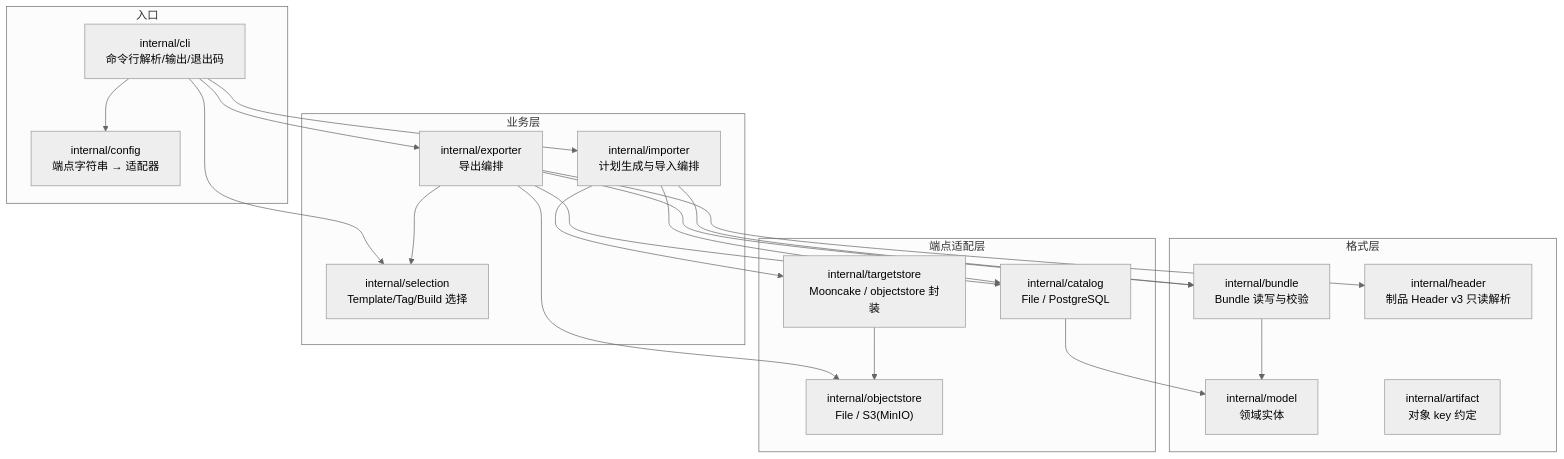
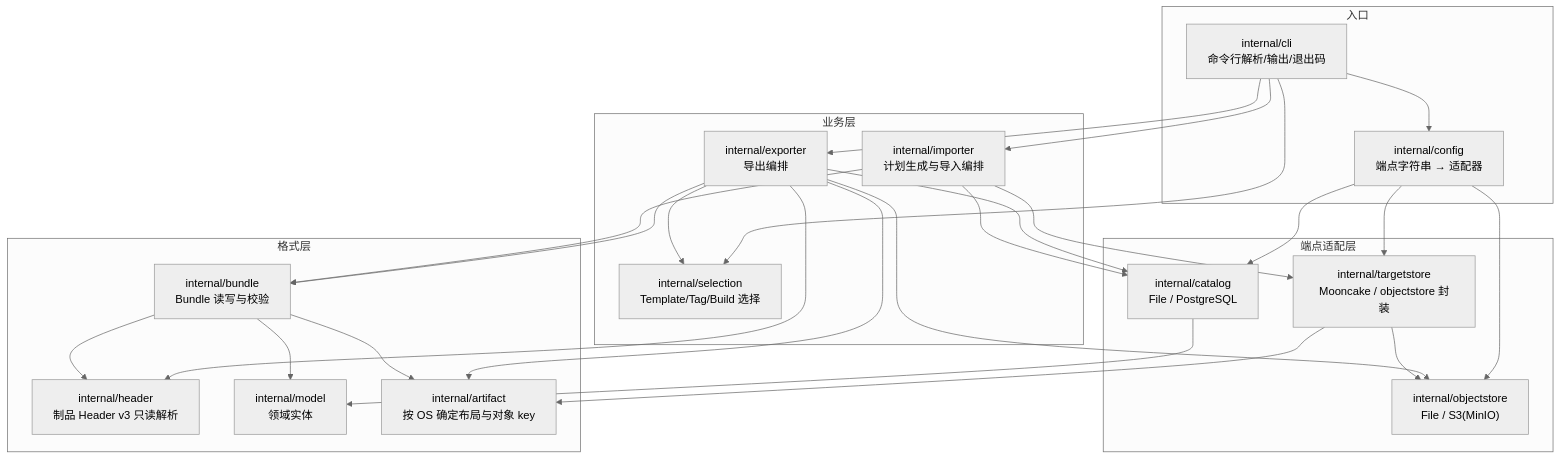
The first of 3 diagrams in migrate-tool/design.md (openeuler-mirror/KASandbox), drawn with Mermaid (neutral theme) before and after one commit. The commit also changed other lines of this file and 36 other files, not shown here.

````diff
--- a/migrate-tool/design.md
+++ b/migrate-tool/design.md
@@ -30,38 +35,45 @@
 ```mermaid
 flowchart TD
     subgraph 入口
         cli[internal/cli<br/>命令行解析/输出/退出码]
         config[internal/config<br/>端点字符串 → 适配器]
     end
     subgraph 业务层
         selection[internal/selection<br/>Template/Tag/Build 选择]
         exporter[internal/exporter<br/>导出编排]
         importer[internal/importer<br/>计划生成与导入编排]
     end
     subgraph 格式层
         bundle[internal/bundle<br/>Bundle 读写与校验]
         header[internal/header<br/>制品 Header v3 只读解析]
         model[internal/model<br/>领域实体]
-        artifact[internal/artifact<br/>对象 key 约定]
+        artifact[internal/artifact<br/>按 OS 确定布局与对象 key]
     end
     subgraph 端点适配层
         catalog["internal/catalog<br/>File / PostgreSQL"]
         objectstore["internal/objectstore<br/>File / S3(MinIO)"]
         targetstore["internal/targetstore<br/>Mooncake / objectstore 封装"]
     end
     cli --> config
     cli --> selection
     cli --> exporter
     cli --> importer
+    config --> catalog
+    config --> objectstore
+    config --> targetstore
     exporter --> selection
     exporter --> catalog
     exporter --> objectstore
     exporter --> header
     exporter --> bundle
+    exporter --> artifact
     importer --> catalog
     importer --> targetstore
     importer --> bundle
     targetstore --> objectstore
+    targetstore --> artifact
     catalog --> model
     bundle --> model
+    bundle --> artifact
+    bundle --> header
 ```
````
